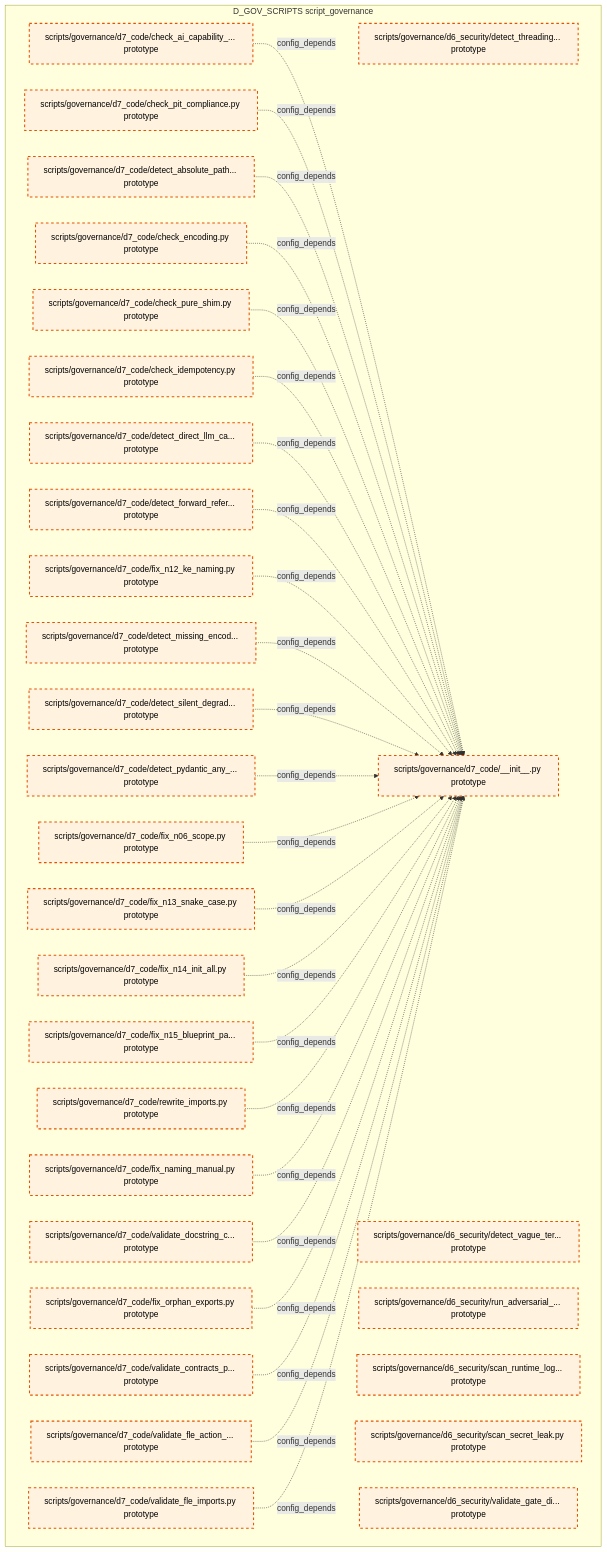
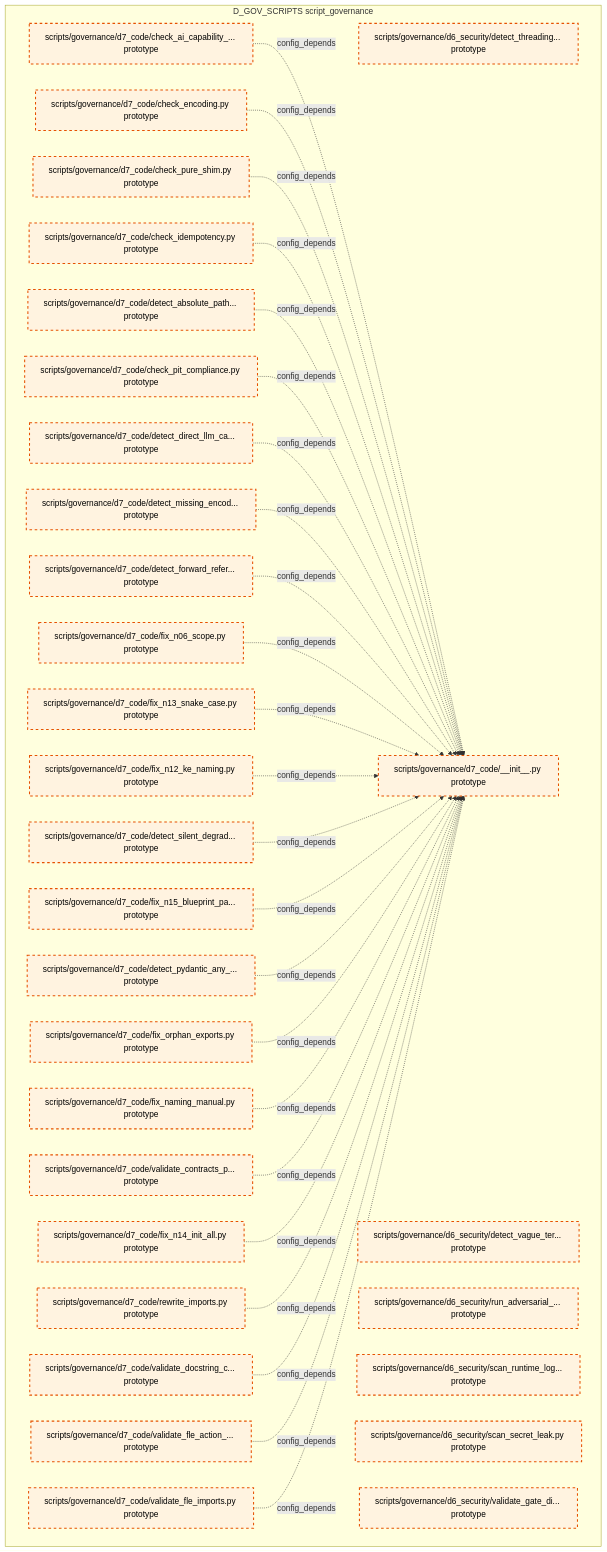
The tenth of 15 diagrams in docs/02_enterprise_architecture/02_domain_architecture_docs/36_d_gov_scripts.md (xuanFelixVan/ZephyrAlpha), drawn with Mermaid before and after one commit. The commit also changed other lines of this file and 99 other files, not shown here.

````diff
--- a/docs/02_enterprise_architecture/02_domain_architecture_docs/36_d_gov_scripts.md
+++ b/docs/02_enterprise_architecture/02_domain_architecture_docs/36_d_gov_scripts.md
@@ -689,63 +689,63 @@
 ```mermaid
 graph TD
     subgraph D_GOV_SCRIPTS["D_GOV_SCRIPTS script_governance"]
         scripts_governance_d6_security_detect_threading_lock_py["scripts/governance/d6_security/detect_threading... prototype"]
         scripts_governance_d6_security_detect_vague_terms_py["scripts/governance/d6_security/detect_vague_ter... prototype"]
         scripts_governance_d6_security_run_adversarial_checks_py["scripts/governance/d6_security/run_adversarial_... prototype"]
         scripts_governance_d6_security_scan_runtime_log_secrets_py["scripts/governance/d6_security/scan_runtime_log... prototype"]
         scripts_governance_d6_security_scan_secret_leak_py["scripts/governance/d6_security/scan_secret_leak.py prototype"]
         scripts_governance_d6_security_validate_gate_discipline_py["scripts/governance/d6_security/validate_gate_di... prototype"]
         scripts_governance_d7_code_init_py["scripts/governance/d7_code/__init__.py prototype"]
         scripts_governance_d7_code_check_ai_capability_boundary_py["scripts/governance/d7_code/check_ai_capability_... prototype"]
         scripts_governance_d7_code_check_encoding_py["scripts/governance/d7_code/check_encoding.py prototype"]
         scripts_governance_d7_code_check_idempotency_py["scripts/governance/d7_code/check_idempotency.py prototype"]
         scripts_governance_d7_code_check_pit_compliance_py["scripts/governance/d7_code/check_pit_compliance.py prototype"]
         scripts_governance_d7_code_check_pure_shim_py["scripts/governance/d7_code/check_pure_shim.py prototype"]
         scripts_governance_d7_code_detect_absolute_path_hardcoding_py["scripts/governance/d7_code/detect_absolute_path... prototype"]
         scripts_governance_d7_code_detect_direct_llm_calls_py["scripts/governance/d7_code/detect_direct_llm_ca... prototype"]
         scripts_governance_d7_code_detect_forward_reference_py["scripts/governance/d7_code/detect_forward_refer... prototype"]
         scripts_governance_d7_code_detect_missing_encoding_py["scripts/governance/d7_code/detect_missing_encod... prototype"]
         scripts_governance_d7_code_detect_pydantic_any_fields_py["scripts/governance/d7_code/detect_pydantic_any_... prototype"]
         scripts_governance_d7_code_detect_silent_degradation_py["scripts/governance/d7_code/detect_silent_degrad... prototype"]
         scripts_governance_d7_code_fix_n06_scope_py["scripts/governance/d7_code/fix_n06_scope.py prototype"]
         scripts_governance_d7_code_fix_n12_ke_naming_py["scripts/governance/d7_code/fix_n12_ke_naming.py prototype"]
         scripts_governance_d7_code_fix_n13_snake_case_py["scripts/governance/d7_code/fix_n13_snake_case.py prototype"]
         scripts_governance_d7_code_fix_n14_init_all_py["scripts/governance/d7_code/fix_n14_init_all.py prototype"]
         scripts_governance_d7_code_fix_n15_blueprint_path_py["scripts/governance/d7_code/fix_n15_blueprint_pa... prototype"]
         scripts_governance_d7_code_fix_naming_manual_py["scripts/governance/d7_code/fix_naming_manual.py prototype"]
         scripts_governance_d7_code_fix_orphan_exports_py["scripts/governance/d7_code/fix_orphan_exports.py prototype"]
         scripts_governance_d7_code_rewrite_imports_py["scripts/governance/d7_code/rewrite_imports.py prototype"]
         scripts_governance_d7_code_validate_contracts_purity_py["scripts/governance/d7_code/validate_contracts_p... prototype"]
         scripts_governance_d7_code_validate_docstring_coverage_py["scripts/governance/d7_code/validate_docstring_c... prototype"]
         scripts_governance_d7_code_validate_fle_action_metadata_py["scripts/governance/d7_code/validate_fle_action_... prototype"]
         scripts_governance_d7_code_validate_fle_imports_py["scripts/governance/d7_code/validate_fle_imports.py prototype"]
     end
     scripts_governance_d7_code_check_ai_capability_boundary_py -.->|config_depends| scripts_governance_d7_code_init_py
-    scripts_governance_d7_code_check_pit_compliance_py -.->|config_depends| scripts_governance_d7_code_init_py
-    scripts_governance_d7_code_detect_absolute_path_hardcoding_py -.->|config_depends| scripts_governance_d7_code_init_py
     scripts_governance_d7_code_check_encoding_py -.->|config_depends| scripts_governance_d7_code_init_py
     scripts_governance_d7_code_check_pure_shim_py -.->|config_depends| scripts_governance_d7_code_init_py
     scripts_governance_d7_code_check_idempotency_py -.->|config_depends| scripts_governance_d7_code_init_py
+    scripts_governance_d7_code_detect_absolute_path_hardcoding_py -.->|config_depends| scripts_governance_d7_code_init_py
+    scripts_governance_d7_code_check_pit_compliance_py -.->|config_depends| scripts_governance_d7_code_init_py
     scripts_governance_d7_code_detect_direct_llm_calls_py -.->|config_depends| scripts_governance_d7_code_init_py
+    scripts_governance_d7_code_detect_missing_encoding_py -.->|config_depends| scripts_governance_d7_code_init_py
     scripts_governance_d7_code_detect_forward_reference_py -.->|config_depends| scripts_governance_d7_code_init_py
-    scripts_governance_d7_code_fix_n12_ke_naming_py -.->|config_depends| scripts_governance_d7_code_init_py
-    scripts_governance_d7_code_detect_missing_encoding_py -.->|config_depends| scripts_governance_d7_code_init_py
-    scripts_governance_d7_code_detect_silent_degradation_py -.->|config_depends| scripts_governance_d7_code_init_py
-    scripts_governance_d7_code_detect_pydantic_any_fields_py -.->|config_depends| scripts_governance_d7_code_init_py
     scripts_governance_d7_code_fix_n06_scope_py -.->|config_depends| scripts_governance_d7_code_init_py
     scripts_governance_d7_code_fix_n13_snake_case_py -.->|config_depends| scripts_governance_d7_code_init_py
+    scripts_governance_d7_code_fix_n12_ke_naming_py -.->|config_depends| scripts_governance_d7_code_init_py
+    scripts_governance_d7_code_detect_silent_degradation_py -.->|config_depends| scripts_governance_d7_code_init_py
+    scripts_governance_d7_code_fix_n15_blueprint_path_py -.->|config_depends| scripts_governance_d7_code_init_py
+    scripts_governance_d7_code_detect_pydantic_any_fields_py -.->|config_depends| scripts_governance_d7_code_init_py
+    scripts_governance_d7_code_fix_orphan_exports_py -.->|config_depends| scripts_governance_d7_code_init_py
+    scripts_governance_d7_code_fix_naming_manual_py -.->|config_depends| scripts_governance_d7_code_init_py
+    scripts_governance_d7_code_validate_contracts_purity_py -.->|config_depends| scripts_governance_d7_code_init_py
     scripts_governance_d7_code_fix_n14_init_all_py -.->|config_depends| scripts_governance_d7_code_init_py
-    scripts_governance_d7_code_fix_n15_blueprint_path_py -.->|config_depends| scripts_governance_d7_code_init_py
     scripts_governance_d7_code_rewrite_imports_py -.->|config_depends| scripts_governance_d7_code_init_py
-    scripts_governance_d7_code_fix_naming_manual_py -.->|config_depends| scripts_governance_d7_code_init_py
     scripts_governance_d7_code_validate_docstring_coverage_py -.->|config_depends| scripts_governance_d7_code_init_py
-    scripts_governance_d7_code_fix_orphan_exports_py -.->|config_depends| scripts_governance_d7_code_init_py
-    scripts_governance_d7_code_validate_contracts_purity_py -.->|config_depends| scripts_governance_d7_code_init_py
     scripts_governance_d7_code_validate_fle_action_metadata_py -.->|config_depends| scripts_governance_d7_code_init_py
     scripts_governance_d7_code_validate_fle_imports_py -.->|config_depends| scripts_governance_d7_code_init_py
     classDef production fill:#e1f5fe,stroke:#01579b,stroke-width:2px,color:#000
     classDef design fill:#fff3e0,stroke:#e65100,stroke-width:2px,color:#000,stroke-dasharray: 5 5
     classDef external_prod fill:#e8f5e9,stroke:#1b5e20,stroke-width:1px,color:#000
     classDef external_design fill:#fce4ec,stroke:#880e4f,stroke-width:1px,color:#000,stroke-dasharray: 5 5
     class scripts_governance_d6_security_detect_threading_lock_py,scripts_governance_d6_security_detect_vague_terms_py,scripts_governance_d6_security_run_adversarial_checks_py,scripts_governance_d6_security_scan_runtime_log_secrets_py,scripts_governance_d6_security_scan_secret_leak_py,scripts_governance_d6_security_validate_gate_discipline_py,scripts_governance_d7_code_init_py,scripts_governance_d7_code_check_ai_capability_boundary_py,scripts_governance_d7_code_check_encoding_py,scripts_governance_d7_code_check_idempotency_py,scripts_governance_d7_code_check_pit_compliance_py,scripts_governance_d7_code_check_pure_shim_py,scripts_governance_d7_code_detect_absolute_path_hardcoding_py,scripts_governance_d7_code_detect_direct_llm_calls_py,scripts_governance_d7_code_detect_forward_reference_py,scripts_governance_d7_code_detect_missing_encoding_py,scripts_governance_d7_code_detect_pydantic_any_fields_py,scripts_governance_d7_code_detect_silent_degradation_py,scripts_governance_d7_code_fix_n06_scope_py,scripts_governance_d7_code_fix_n12_ke_naming_py,scripts_governance_d7_code_fix_n13_snake_case_py,scripts_governance_d7_code_fix_n14_init_all_py,scripts_governance_d7_code_fix_n15_blueprint_path_py,scripts_governance_d7_code_fix_naming_manual_py,scripts_governance_d7_code_fix_orphan_exports_py,scripts_governance_d7_code_rewrite_imports_py,scripts_governance_d7_code_validate_contracts_purity_py,scripts_governance_d7_code_validate_docstring_coverage_py,scripts_governance_d7_code_validate_fle_action_metadata_py,scripts_governance_d7_code_validate_fle_imports_py design
 ```
````
